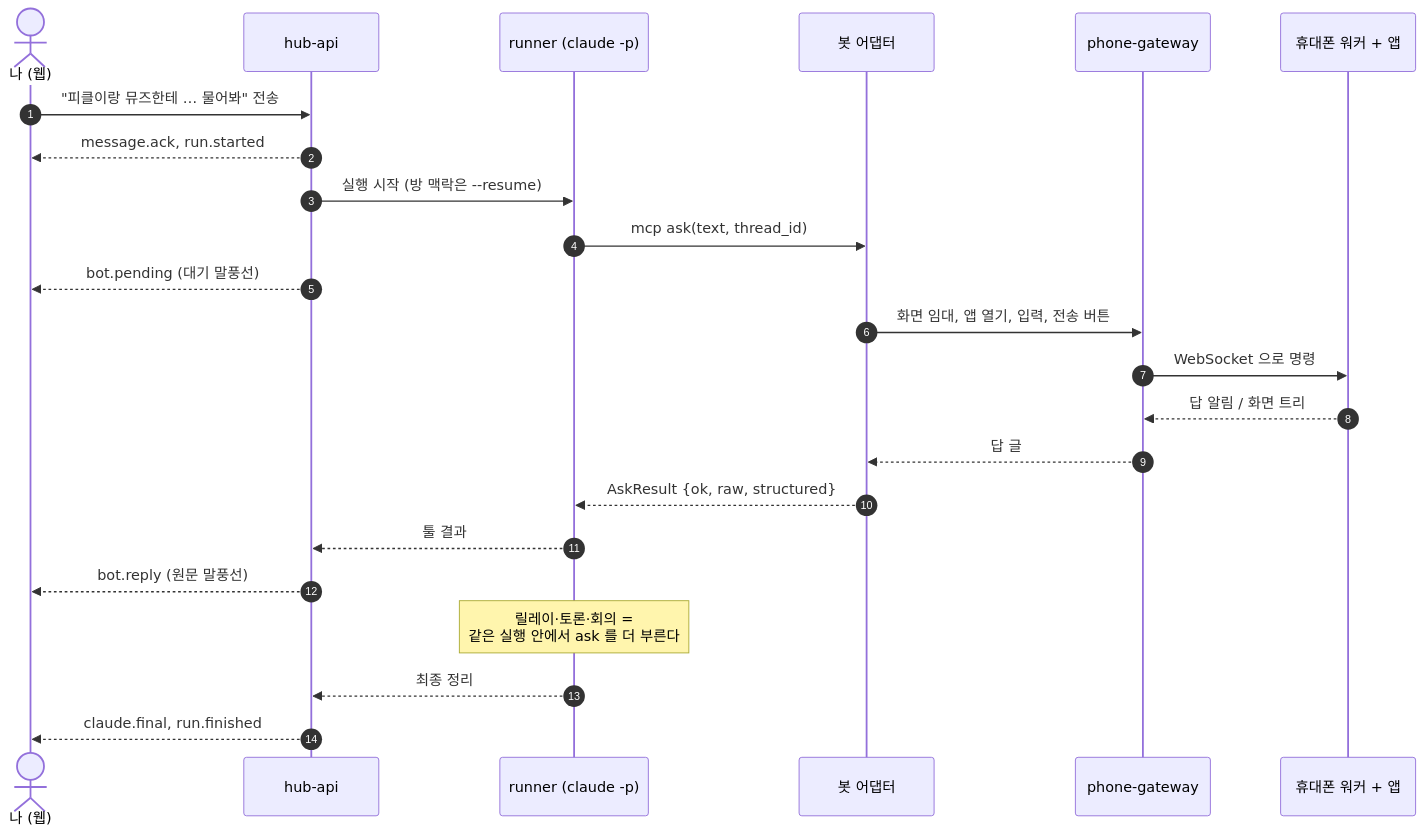
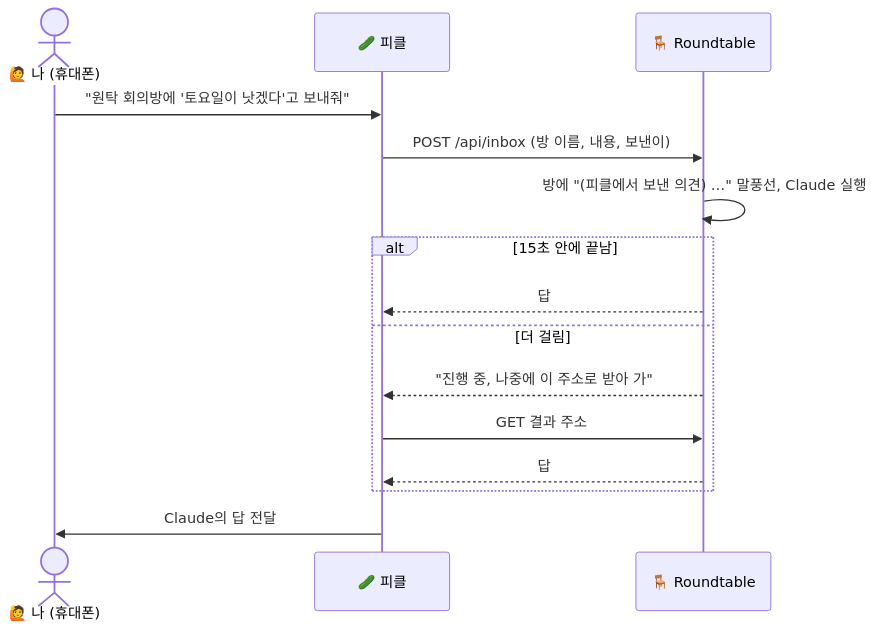
The fourth of 7 diagrams in README.ko.md (bluelikeness/roundtable-agent), drawn with Mermaid before and after one commit. The commit also changed other lines of this file and 56 other files, not shown here.

````diff
--- a/README.ko.md
+++ b/README.ko.md
@@ -59,25 +156,17 @@
 ```mermaid
 sequenceDiagram
-  autonumber
-  actor U as 나 (웹)
-  participant H as hub-api
-  participant R as runner (claude -p)
-  participant A as 봇 어댑터
-  participant G as phone-gateway
-  participant P as 휴대폰 워커 + 앱
-  U->>H: "피클이랑 뮤즈한테 … 물어봐" 전송
-  H-->>U: message.ack, run.started
-  H->>R: 실행 시작 (방 맥락은 --resume)
-  R->>A: mcp ask(text, thread_id)
-  H-->>U: bot.pending (대기 말풍선)
-  A->>G: 화면 임대, 앱 열기, 입력, 전송 버튼
-  G->>P: WebSocket 으로 명령
-  P-->>G: 답 알림 / 화면 트리
-  G-->>A: 답 글
-  A-->>R: AskResult {ok, raw, structured}
-  R-->>H: 툴 결과
-  H-->>U: bot.reply (원문 말풍선)
-  Note over R: 릴레이·토론·회의 =<br/>같은 실행 안에서 ask 를 더 부른다
-  R-->>H: 최종 정리
-  H-->>U: claude.final, run.finished
+  actor 나 as 🙋 나 (휴대폰)
+  participant P as 🥒 피클
+  participant RT as 🪑 Roundtable
+  나->>P: "원탁 회의방에 '토요일이 낫겠다'고 보내줘"
+  P->>RT: POST /api/inbox (방 이름, 내용, 보낸이)
+  RT->>RT: 방에 "(피클에서 보낸 의견) …" 말풍선, Claude 실행
+  alt 15초 안에 끝남
+    RT-->>P: 답
+  else 더 걸림
+    RT-->>P: "진행 중, 나중에 이 주소로 받아 가"
+    P->>RT: GET 결과 주소
+    RT-->>P: 답
+  end
+  P->>나: Claude의 답 전달
 ```
````
